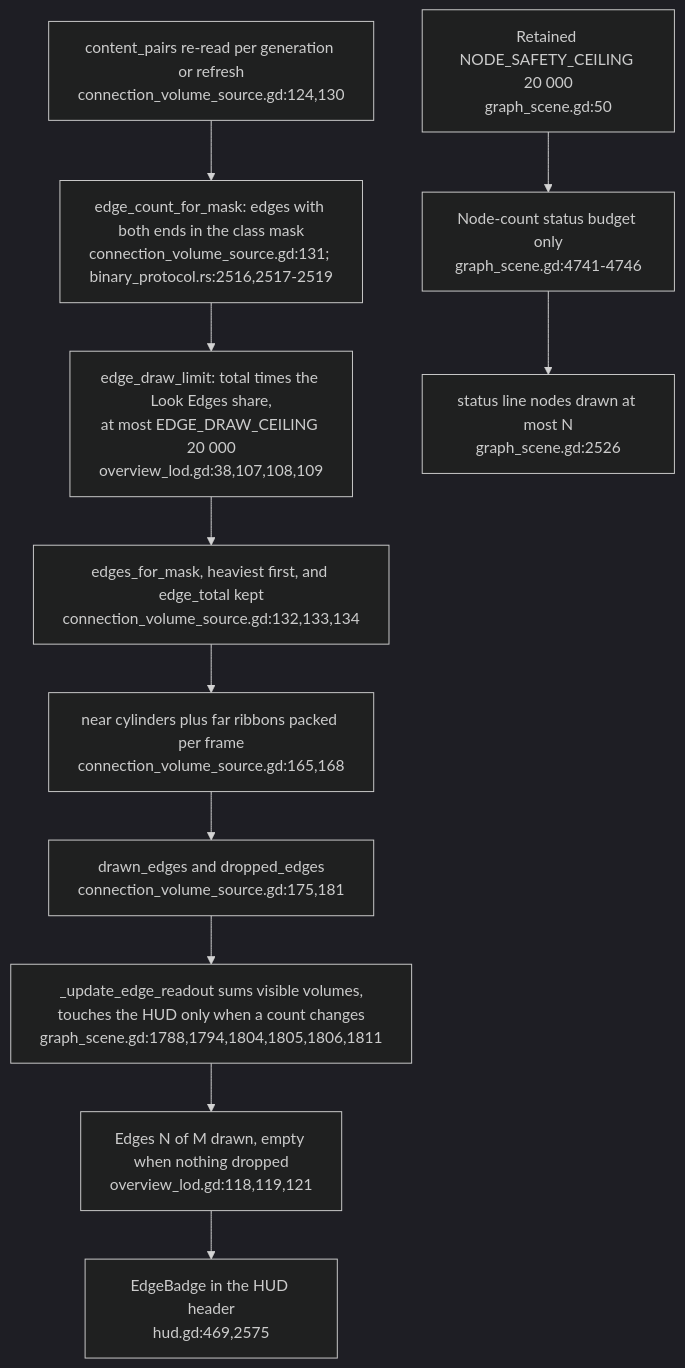
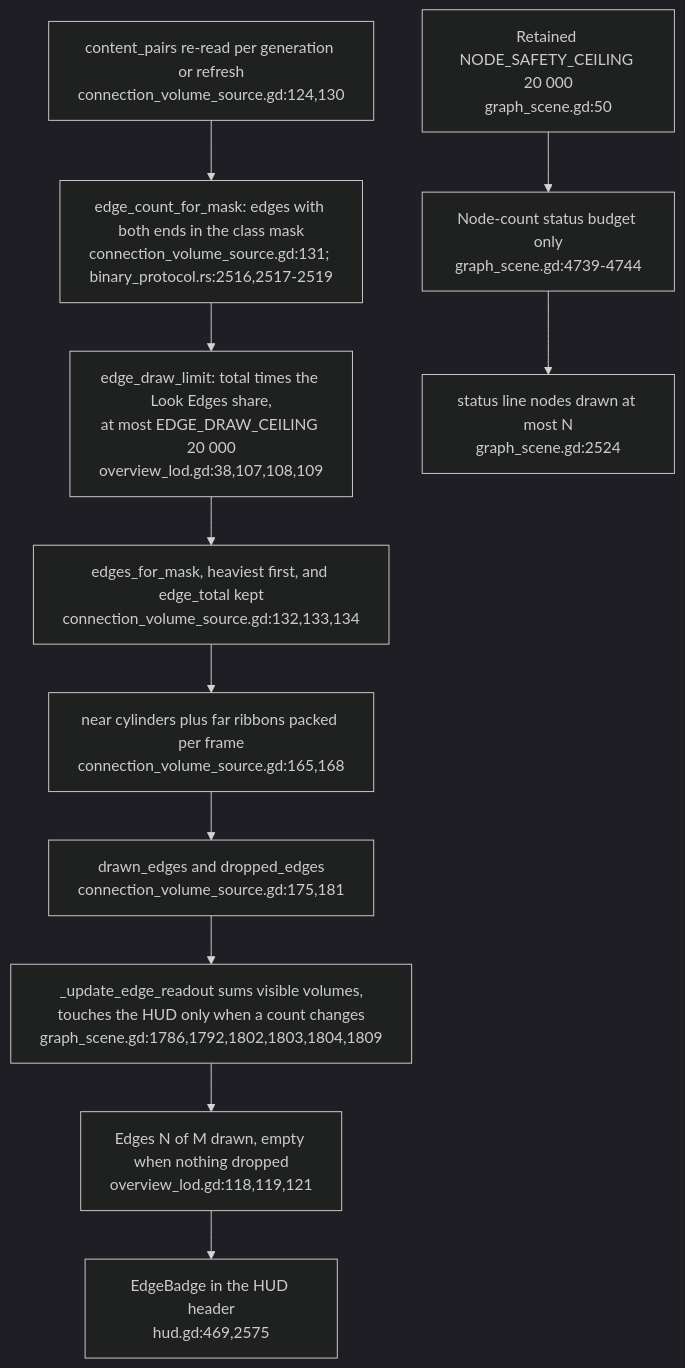
Before and after one commit to DreamLab-AI/VisionFlow: the seventh of 8 diagrams in docs/diagrams/visionclaw/51-xr-visual-budget-and-engine-gates.md, drawn with Mermaid (dark theme). The commit also changed other lines of this file and 6 other files, not shown here.

First line of the commit message:
diagrams(visionclaw): re-verify VC-51..57 at visionclaw 4900ec60

````diff
--- a/docs/diagrams/visionclaw/51-xr-visual-budget-and-engine-gates.md
+++ b/docs/diagrams/visionclaw/51-xr-visual-budget-and-engine-gates.md
@@ -146,13 +146,13 @@
 ```mermaid
 flowchart TD
     PAIRS["content_pairs re-read per generation or refresh<br/>connection_volume_source.gd:124,130"] --> COUNT["edge_count_for_mask: edges with both ends in the class mask<br/>connection_volume_source.gd:131; binary_protocol.rs:2516,2517-2519"]
     COUNT --> LIMIT["edge_draw_limit: total times the Look Edges share,<br/>at most EDGE_DRAW_CEILING 20 000<br/>overview_lod.gd:38,107,108,109"]
     LIMIT --> FETCH["edges_for_mask, heaviest first, and edge_total kept<br/>connection_volume_source.gd:132,133,134"]
     FETCH --> PACK["near cylinders plus far ribbons packed per frame<br/>connection_volume_source.gd:165,168"]
     PACK --> DRAWN["drawn_edges and dropped_edges<br/>connection_volume_source.gd:175,181"]
-    DRAWN --> SUM["_update_edge_readout sums visible volumes,<br/>touches the HUD only when a count changes<br/>graph_scene.gd:1788,1794,1804,1805,1806,1811"]
+    DRAWN --> SUM["_update_edge_readout sums visible volumes,<br/>touches the HUD only when a count changes<br/>graph_scene.gd:1786,1792,1802,1803,1804,1809"]
     SUM --> TXT["Edges N of M drawn, empty when nothing dropped<br/>overview_lod.gd:118,119,121"]
     TXT --> BADGE["EdgeBadge in the HUD header<br/>hud.gd:469,2575"]
-    OLD["Retained NODE_SAFETY_CEILING 20 000<br/>graph_scene.gd:50"] --> BUD["Node-count status budget only<br/>graph_scene.gd:4741-4746"]
-    BUD --> STATUS["status line nodes drawn at most N<br/>graph_scene.gd:2526"]
+    OLD["Retained NODE_SAFETY_CEILING 20 000<br/>graph_scene.gd:50"] --> BUD["Node-count status budget only<br/>graph_scene.gd:4739-4744"]
+    BUD --> STATUS["status line nodes drawn at most N<br/>graph_scene.gd:2524"]
 ```
````
